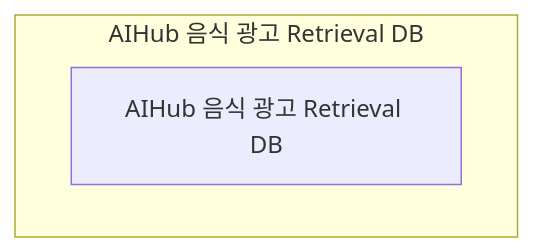
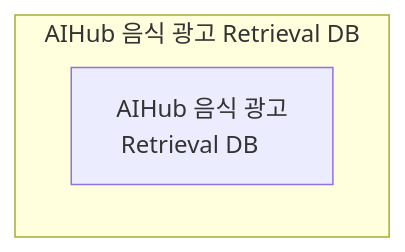
Before and after one commit to imella0706/final_1_team: the third of 3 diagrams in README.md, drawn with Mermaid. The commit also changed other lines of this file, not shown here.

````diff
--- a/README.md
+++ b/README.md
@@ -119,6 +127,6 @@
 ```mermaid
 flowchart TD
     subgraph AIHUB["AIHub 음식 광고 Retrieval DB"]
-        RAG["AIHub 음식 광고 Retrieval DB"]
+        RAG["AIHub 음식 광고<br/>Retrieval DB&nbsp;&nbsp;&nbsp;&nbsp;"]
     end
 ```
````
